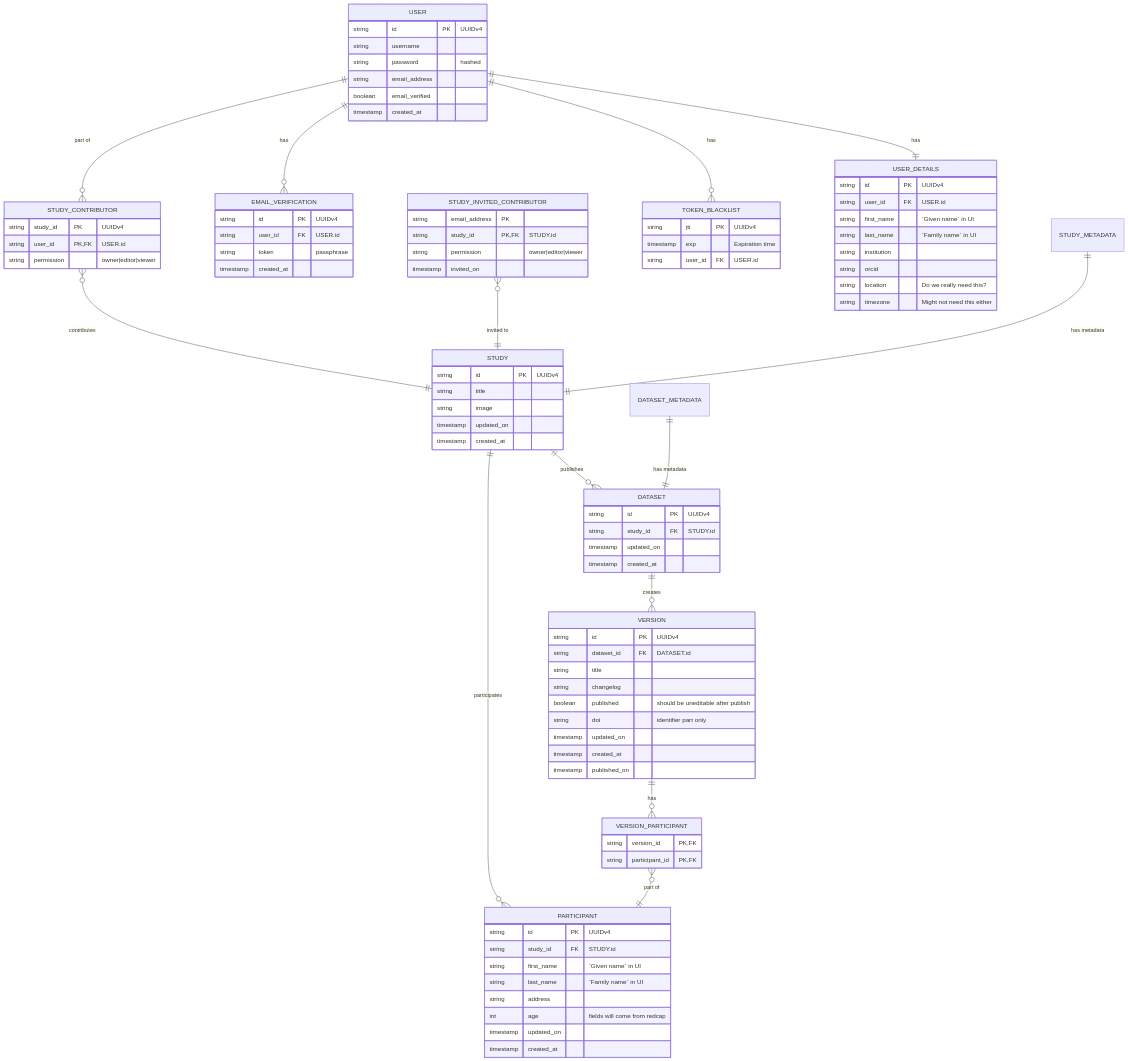
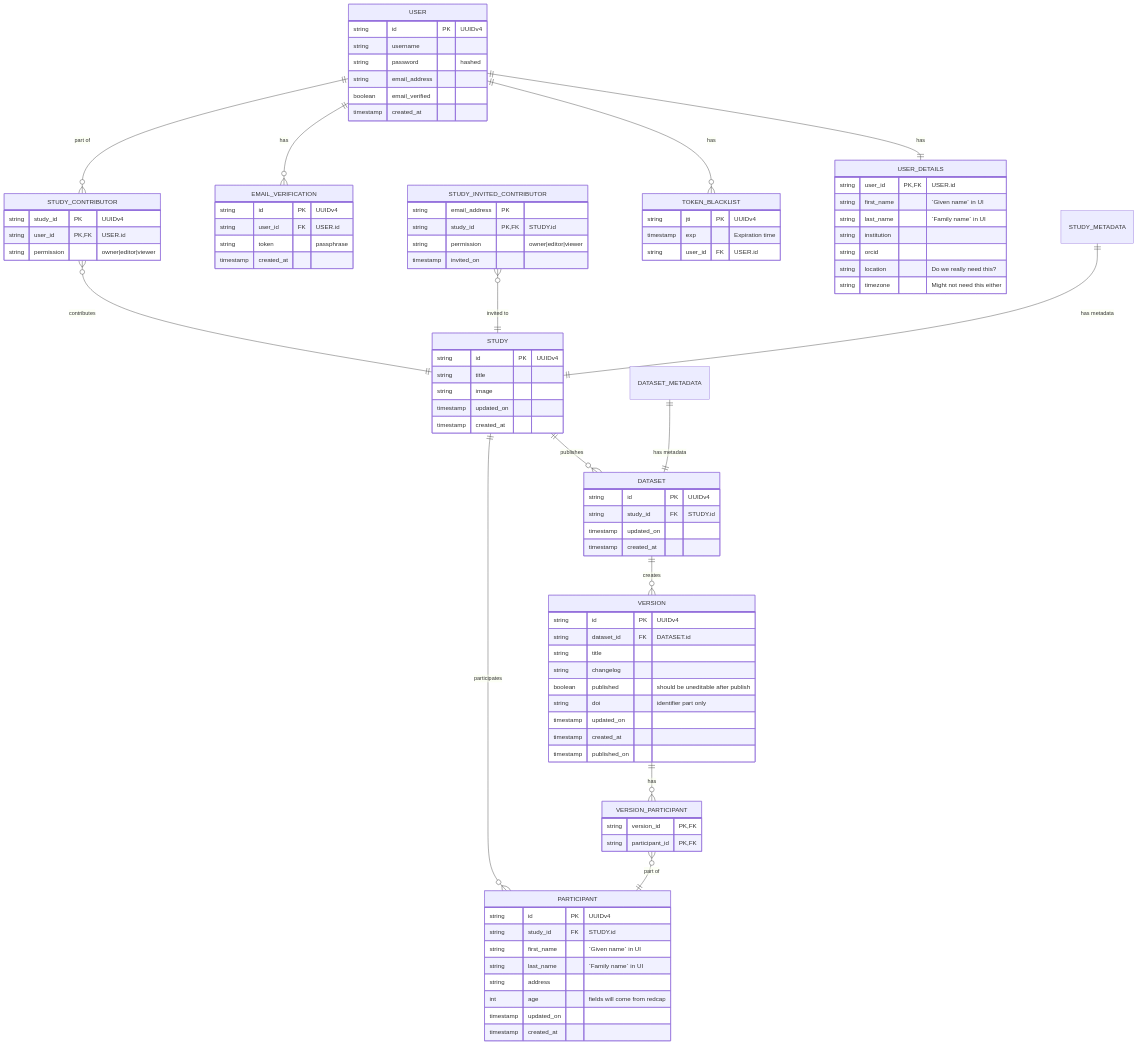
One commit to AI-READI/fairhub-app changed the diagram in mermaid/mmd/er.mmd. Above: the diagram before and after it, drawn with Mermaid. The commit also changed 5 other files, not shown here.

Commit message:
fix: 🐛 update er diagram

```diff
--- a/mermaid/mmd/er.mmd
+++ b/mermaid/mmd/er.mmd
@@ -1,110 +1,109 @@
 erDiagram
     STUDY {
         string id PK "UUIDv4"
         string title
         string image
         timestamp updated_on
         timestamp created_at
     }
 
     USER {
         string id PK "UUIDv4"
         string username
         string password "hashed"
         string email_address
         boolean email_verified 
         timestamp created_at
     }
 
     USER_DETAILS {
-        string id PK "UUIDv4"
-        string user_id FK "USER.id"
+        string user_id PK,FK "USER.id"
         string first_name "`Given name` in UI"
         string last_name "`Family name` in UI"
         string institution
         string orcid
         string location "Do we really need this?"
         string timezone "Might not need this either"
     }
 
     STUDY_CONTRIBUTOR {
         string study_id PK "UUIDv4"
         string user_id PK,FK "USER.id"
         string permission "owner|editor|viewer"
     }
 
     STUDY_INVITED_CONTRIBUTOR {
         string email_address PK
         string study_id PK,FK "STUDY.id"
         string permission "owner|editor|viewer"
         timestamp invited_on
     }
 
     PARTICIPANT {
         string id PK "UUIDv4"
         string study_id FK "STUDY.id"
         string first_name "`Given name` in UI"
         string last_name "`Family name` in UI"
         string address
         int age "fields will come from redcap"
         timestamp updated_on
         timestamp created_at
     }
 
     DATASET {
         string id PK "UUIDv4"
         string study_id FK "STUDY.id"
         timestamp updated_on
         timestamp created_at
     }
 
     VERSION {
         string id PK "UUIDv4"
         string dataset_id FK "DATASET.id"
         string title
         string changelog
         boolean published "should be uneditable after publish"
         string doi "identifier part only"
         timestamp updated_on
         timestamp created_at
         timestamp published_on
     }
 
      VERSION_PARTICIPANT {
         string version_id PK,FK
         string participant_id PK,FK
     }
 
     TOKEN_BLACKLIST {
         string jti PK "UUIDv4"
         timestamp exp "Expiration time"
         string user_id FK "USER.id"
     }
 
     EMAIL_VERIFICATION {
         string id PK "UUIDv4"
         string user_id FK "USER.id"
         string token "passphrase"
         timestamp created_at
     }
 
 
     STUDY_CONTRIBUTOR }o--|| STUDY : contributes
     STUDY_INVITED_CONTRIBUTOR }o--|| STUDY : "invited to"
     STUDY_METADATA ||--|| STUDY : "has metadata"
 
     STUDY ||--o{ DATASET : publishes
 
     DATASET_METADATA ||--|| DATASET : "has metadata"
 
     DATASET ||--o{ VERSION : creates
 
     USER ||--|| USER_DETAILS : "has"
     USER ||--o{ TOKEN_BLACKLIST : "has"
 
     USER ||--o{ EMAIL_VERIFICATION : "has"
 
     USER ||--o{ STUDY_CONTRIBUTOR : "part of"
     PARTICIPANT }o--|| STUDY : participates
     VERSION ||--o{ VERSION_PARTICIPANT : has
     VERSION_PARTICIPANT }o--|| PARTICIPANT : "part of"
```
